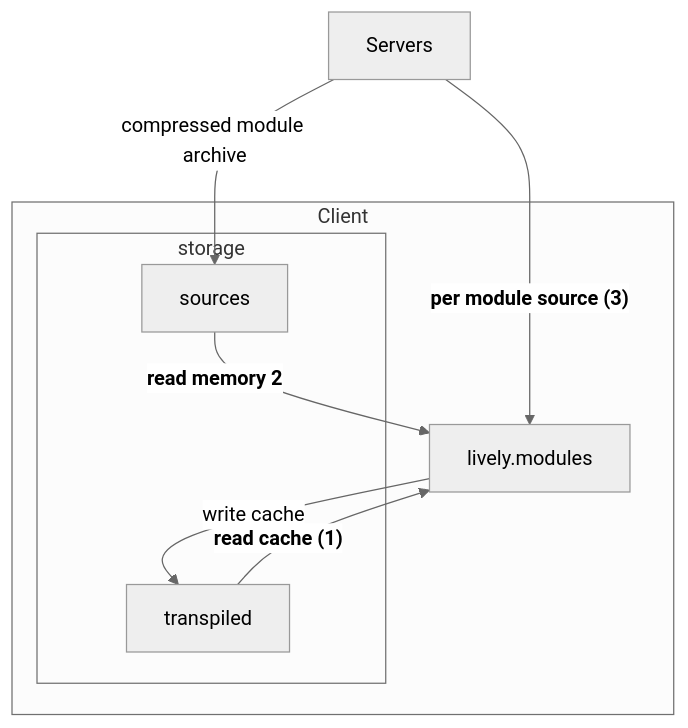
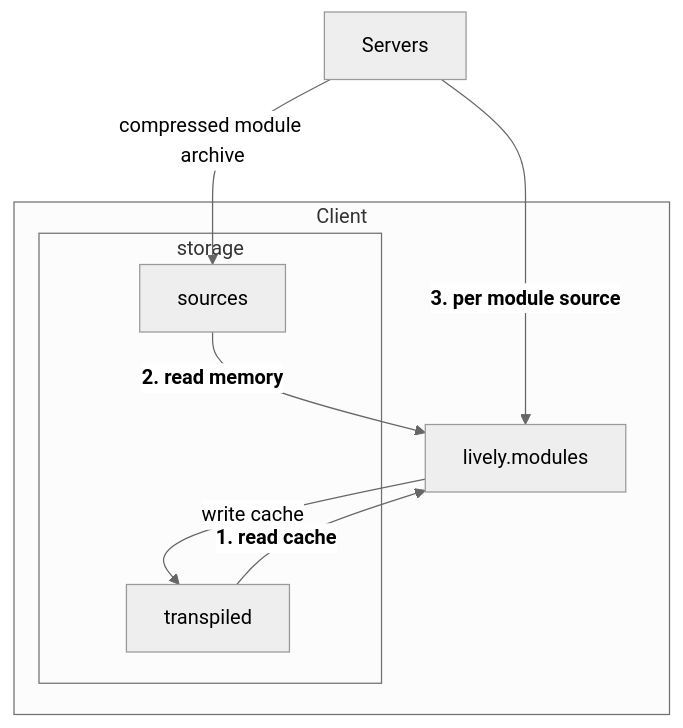
One commit to nextguys/lively-next-relaunch changed the third of 3 diagrams in explanation/modules.md. Above: the diagram before and after it, drawn with Mermaid (neutral theme). The commit also changed other lines of this file, not shown here.

Commit message:
Adjust some wording and add commentary to modules chapter

````diff
--- a/explanation/modules.md
+++ b/explanation/modules.md
@@ -245,17 +249,17 @@
 ```mermaid
 graph TD
    S[Servers]
    storage[Local Storage Obj]
    modules[lively.modules]
    S--compressed module archive-->sources
-   S--"`**per module source (3)**`"-->modules
+   S--"`**3. per module source**`"-->modules
    subgraph Client
      modules--write cache-->transpiled
-     sources--"`**read memory 2**`"-->modules;
-     transpiled--"`**read cache (1)**`"-->modules
+     sources--"`**2. read memory**`"-->modules;
+     transpiled--"`**1. read cache**`"-->modules
      subgraph storage
        sources
        transpiled
      end
    end
 ```
````
